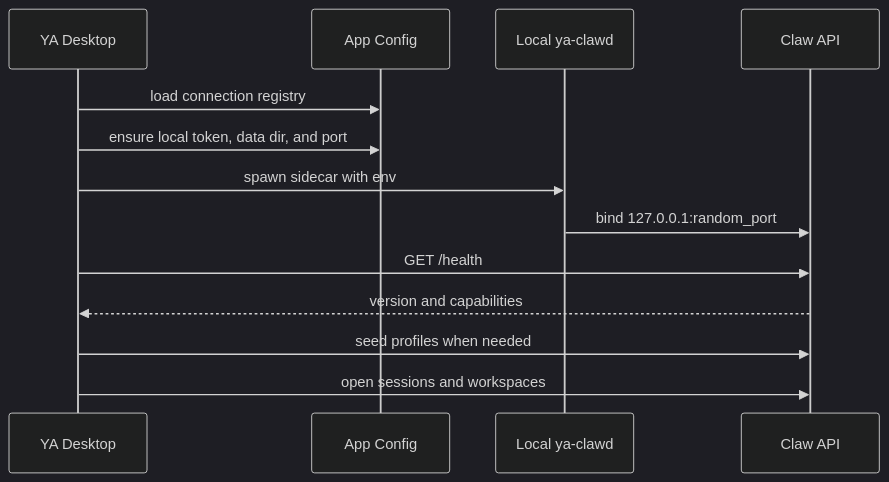
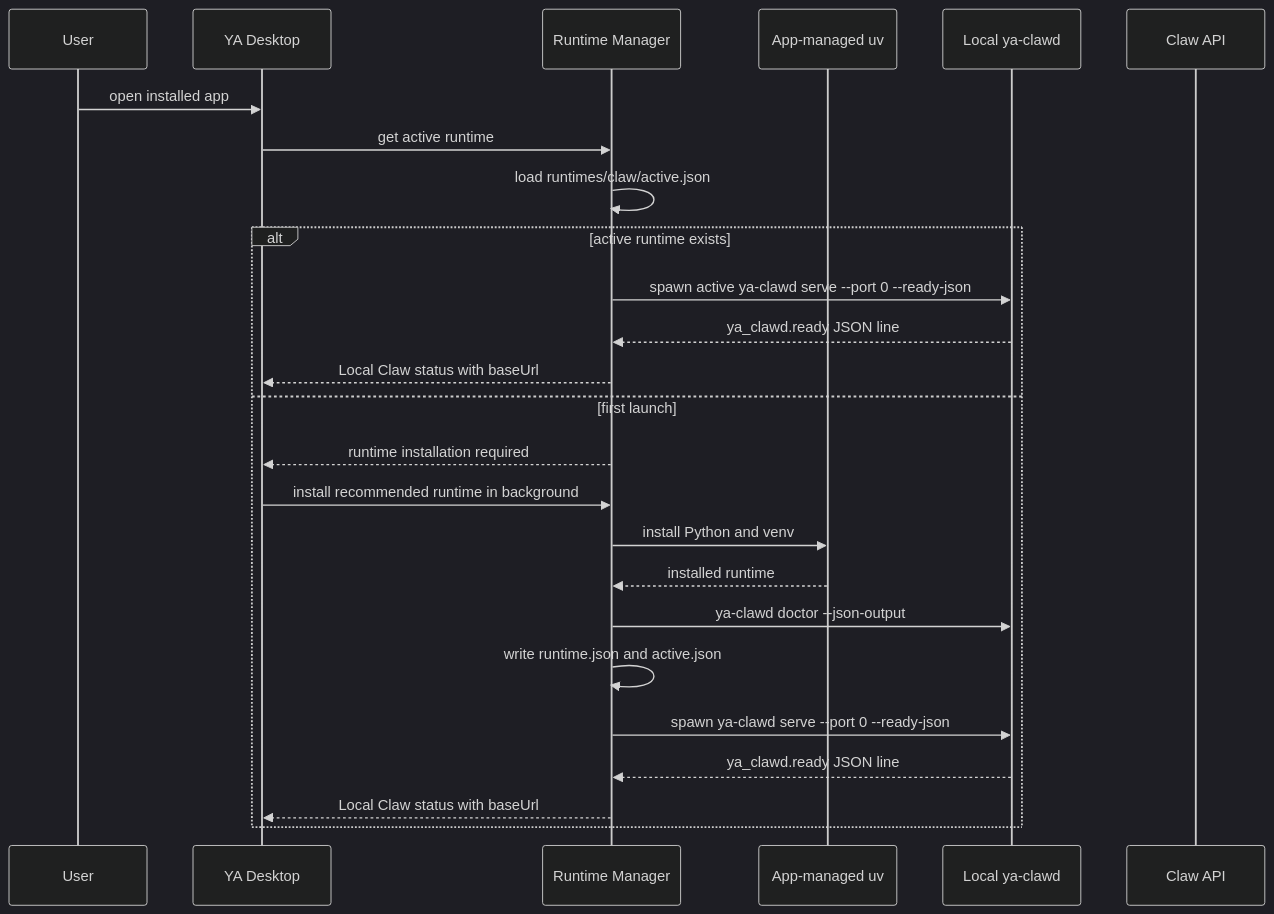
One commit to Alexsu26/ya-mono changed the first of 3 diagrams in apps/ya-desktop/spec/01-local-sidecar-packaging.md. Above: the diagram before and after it, drawn with Mermaid (dark theme). The commit also changed other lines of this file and 25 other files, not shown here.

First line of the commit message:
feat(desktop): add runtime manager updates (#206)

````diff
--- a/apps/ya-desktop/spec/01-local-sidecar-packaging.md
+++ b/apps/ya-desktop/spec/01-local-sidecar-packaging.md
@@ -55,16 +132,28 @@
 ```mermaid
 sequenceDiagram
-    participant App as YA Desktop
-    participant Config as App Config
+    participant User
+    participant Desktop as YA Desktop
+    participant RM as Runtime Manager
+    participant UV as App-managed uv
     participant Daemon as Local ya-clawd
     participant API as Claw API
 
-    App->>Config: load connection registry
-    App->>Config: ensure local token, data dir, and port
-    App->>Daemon: spawn sidecar with env
-    Daemon->>API: bind 127.0.0.1:random_port
-    App->>API: GET /health
-    API-->>App: version and capabilities
-    App->>API: seed profiles when needed
-    App->>API: open sessions and workspaces
+    User->>Desktop: open installed app
+    Desktop->>RM: get active runtime
+    RM->>RM: load runtimes/claw/active.json
+    alt active runtime exists
+        RM->>Daemon: spawn active ya-clawd serve --port 0 --ready-json
+        Daemon-->>RM: ya_clawd.ready JSON line
+        RM-->>Desktop: Local Claw status with baseUrl
+    else first launch
+        RM-->>Desktop: runtime installation required
+        Desktop->>RM: install recommended runtime in background
+        RM->>UV: install Python and venv
+        UV-->>RM: installed runtime
+        RM->>Daemon: ya-clawd doctor --json-output
+        RM->>RM: write runtime.json and active.json
+        RM->>Daemon: spawn ya-clawd serve --port 0 --ready-json
+        Daemon-->>RM: ya_clawd.ready JSON line
+        RM-->>Desktop: Local Claw status with baseUrl
+    end
 ```
````
